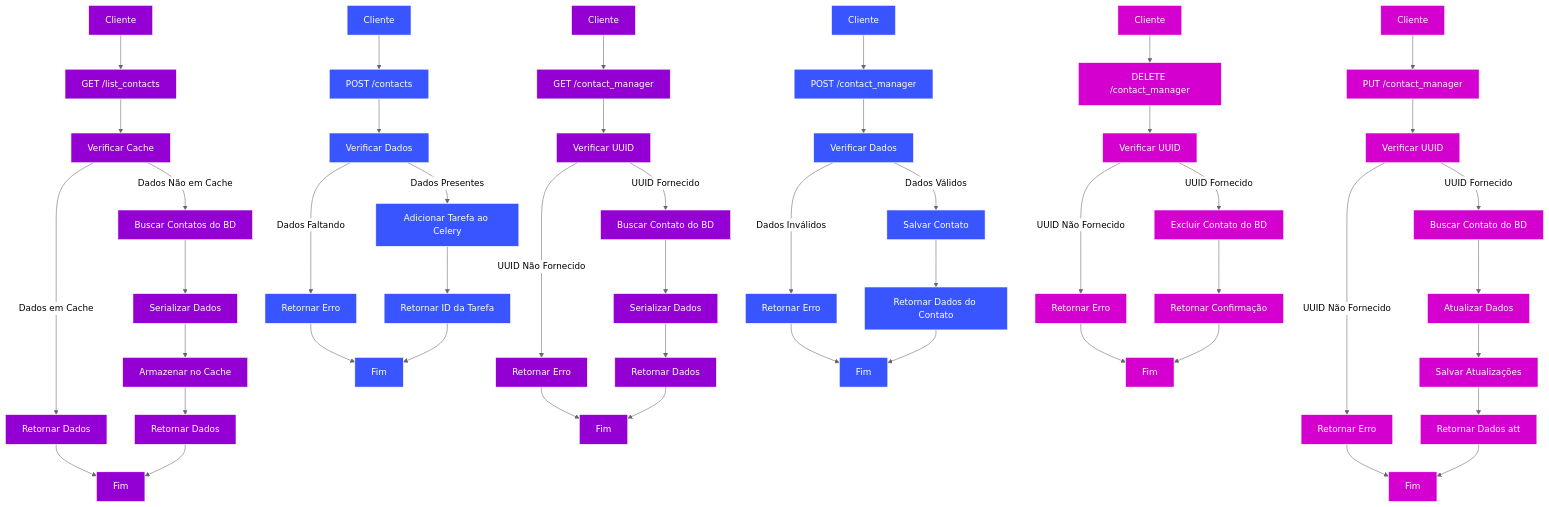
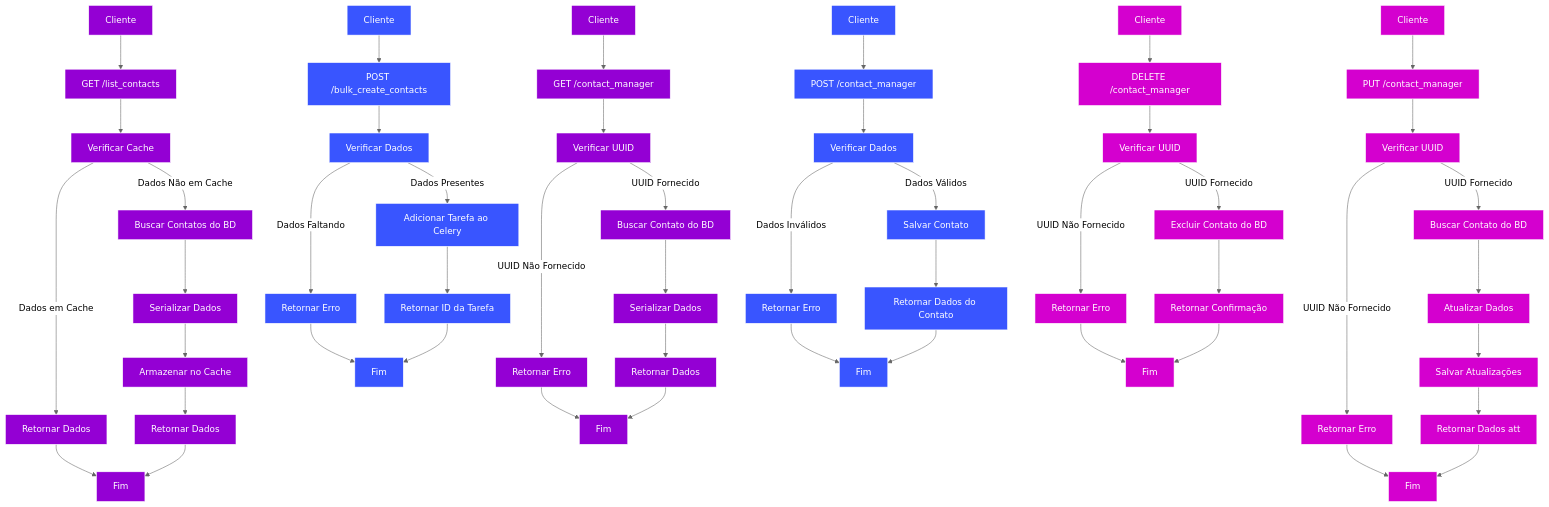
One commit to matheusbanqueiro/desafio-smbot changed the diagram in diagrams.md. Above: the diagram before and after it, drawn with Mermaid (neutral theme). The commit also changed other lines of this file, not shown here.

Commit message:
Style: names in the diagram

````diff
--- a/diagrams.md
+++ b/diagrams.md
@@ -14,68 +14,68 @@
 ```mermaid
 flowchart TD
     %% Estilos globais para o diagrama
     classDef azul fill:#3955FF,stroke:#ffffff,color:#ffffff;
     classDef rosa fill:#D400CF,stroke:#ffffff,color:#ffffff;
     classDef roxo fill:#9400D4,stroke:#ffffff,color:#ffffff;
 
     A1[Cliente] --> B1[GET /list_contacts]
     B1 --> C1[Verificar Cache]
     C1 -->|Dados em Cache| D1[Retornar Dados]
     D1 --> E1[Fim]
     C1 -->|Dados Não em Cache| F1[Buscar Contatos do BD]
     F1 --> G1[Serializar Dados]
     G1 --> H1[Armazenar no Cache]
     H1 --> I1[Retornar Dados]
     I1 --> E1[Fim]
 
-    A2[Cliente] --> B2[POST /contacts]
+    A2[Cliente] --> B2[POST /bulk_create_contacts]
     B2 --> C2[Verificar Dados]
     C2 -->|Dados Faltando| D2[Retornar Erro]
     D2 --> E2[Fim]
     C2 -->|Dados Presentes| F2[Adicionar Tarefa ao Celery]
     F2 --> G2[Retornar ID da Tarefa]
     G2 --> E2[Fim]
 
     A3[Cliente] --> B3[GET /contact_manager]
     B3 --> C3[Verificar UUID]
     C3 -->|UUID Não Fornecido| D3[Retornar Erro]
     D3 --> E3[Fim]
     C3 -->|UUID Fornecido| F3[Buscar Contato do BD]
     F3 --> G3[Serializar Dados]
     G3 --> H3[Retornar Dados]
     H3 --> E3[Fim]
 
     A4[Cliente] --> B4[POST /contact_manager]
     B4 --> C4[Verificar Dados]
     C4 -->|Dados Inválidos| D4[Retornar Erro]
     D4 --> E4[Fim]
     C4 -->|Dados Válidos| F4[Salvar Contato]
     F4 --> G4[Retornar Dados do Contato]
     G4 --> E4[Fim]
 
     A5[Cliente] --> B5[PUT /contact_manager]
     B5 --> C5[Verificar UUID]
     C5 -->|UUID Não Fornecido| D5[Retornar Erro]
     D5 --> E5[Fim]
     C5 -->|UUID Fornecido| F5[Buscar Contato do BD]
     F5 --> G5[Atualizar Dados]
     G5 --> H5[Salvar Atualizações]
     H5 --> I5[Retornar Dados att]
     I5 --> E5[Fim]
 
     A6[Cliente] --> B6[DELETE /contact_manager]
     B6 --> C6[Verificar UUID]
     C6 -->|UUID Não Fornecido| D6[Retornar Erro]
     D6 --> E6[Fim]
     C6 -->|UUID Fornecido| F6[Excluir Contato do BD]
     F6 --> G6[Retornar Confirmação]
     G6 --> E6[Fim]
 
     %% Aplicando classes de cores de acordo com o tipo de requisição
     class A1,B1,C1,D1,E1,F1,G1,H1,I1 roxo; 
     class A2,B2,C2,D2,E2,F2,G2 azul;
     class A3,B3,C3,D3,E3,F3,G3,H3 roxo; 
     class A4,B4,C4,D4,E4,F4,G4 azul; 
     class A5,B5,C5,D5,E5,F5,G5,H5,I5 rosa;
     class A6,B6,C6,D6,E6,F6,G6 rosa;
 ```
````
